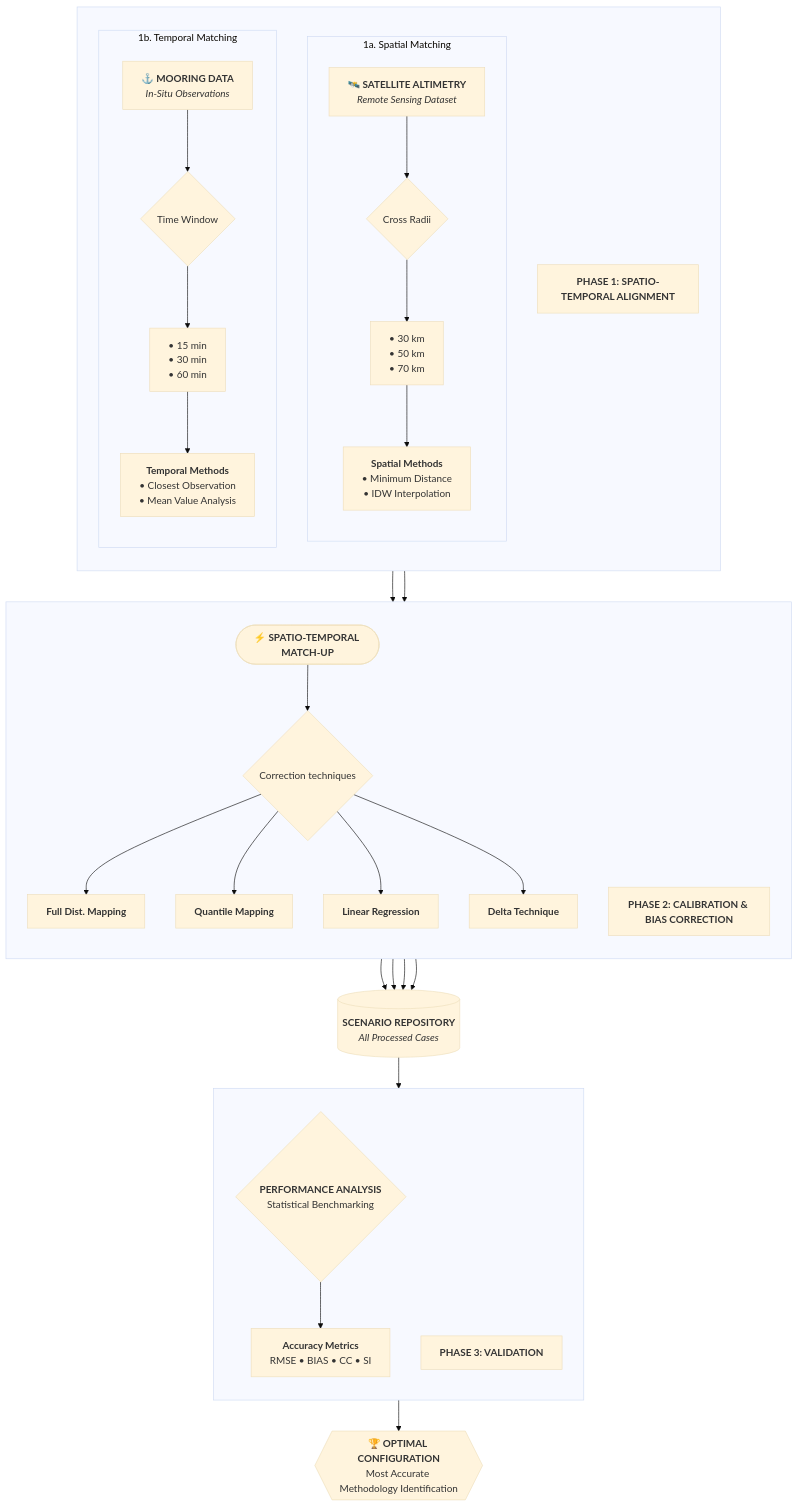
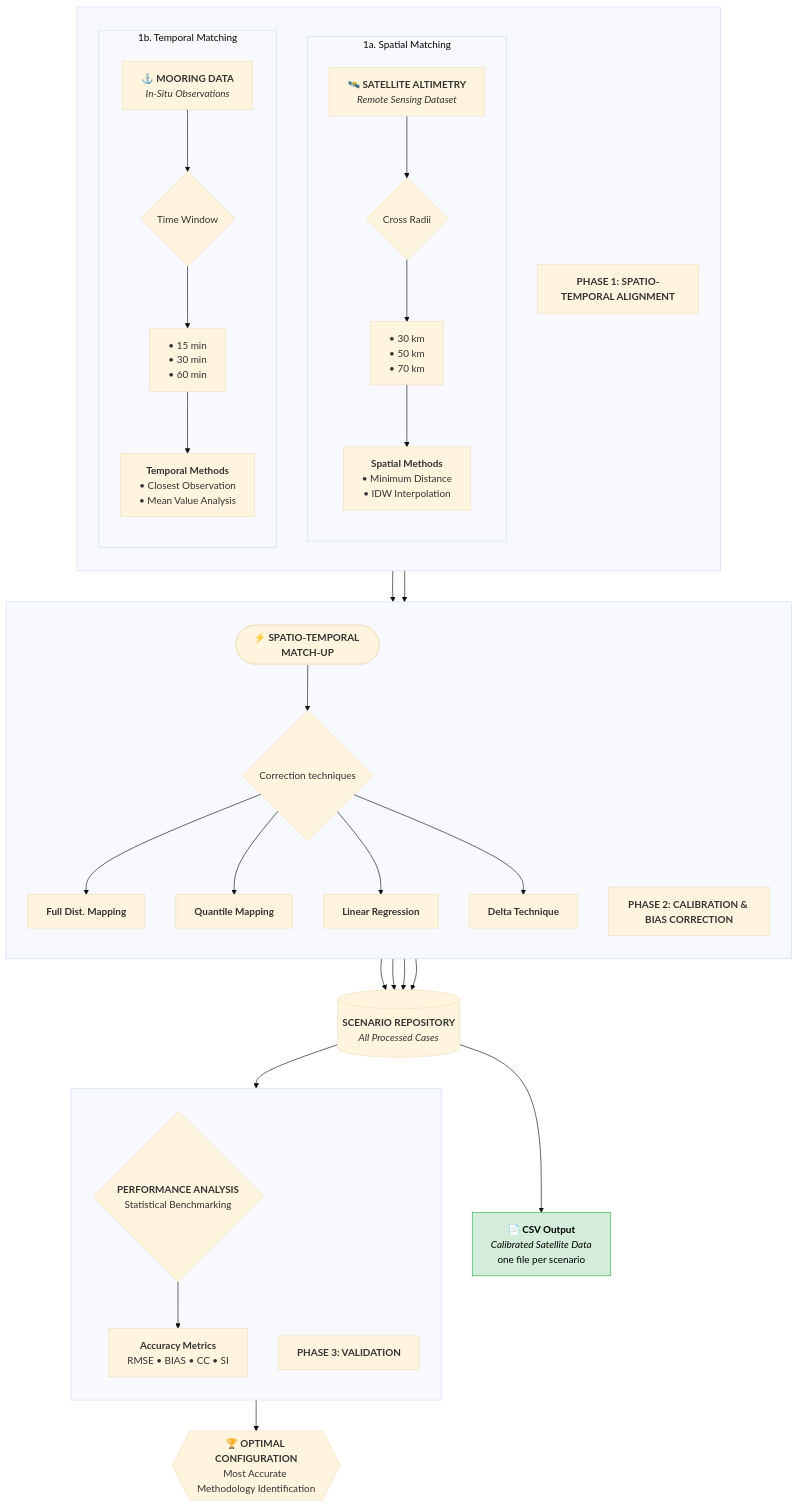
Before and after one commit to EduardSala/Thesis: the diagram in README.md, drawn with Mermaid (base theme). The commit also changed other lines of this file, not shown here.

Commit message:
docs(readme): Modify workflow diagram

````diff
--- a/README.md
+++ b/README.md
@@ -166,58 +32,54 @@
 ```mermaid
 graph TD
-    %% Font e nodi stilizzati tramite sintassi nativa
     SAT["<b>🛰️ SATELLITE ALTIMETRY</b><br/><i>Remote Sensing Dataset</i>"]
     INS["<b>⚓ MOORING DATA</b><br/><i>In-Situ Observations</i>"]
 
-    %% Fase 1
     subgraph " "
         direction TB
         L1["<div style='font-size:16px'><b>PHASE 1: SPATIO-TEMPORAL ALIGNMENT</b></div>"]
         
         subgraph "1a. Spatial Matching"
             direction TB
             SAT --> R{"Cross Radii"}
             R --> R_OPT["• 30 km<br/>• 50 km<br/>• 70 km"]
             R_OPT --> S_MET["<b>Spatial Methods</b><br/>• Minimum Distance<br/>• IDW Interpolation"]
         end
-
         subgraph "1b. Temporal Matching"
             direction TB
             INS --> W{"Time Window"}
             W --> W_OPT["• 15 min<br/>• 30 min<br/>• 60 min"]
             W_OPT --> T_MET["<b>Temporal Methods</b><br/>• Closest Observation<br/>• Mean Value Analysis"]
         end
     end
 
-    %% Punto di Sincronizzazione
     S_MET --> SYNC([<b>⚡ SPATIO-TEMPORAL MATCH-UP</b>])
     T_MET --> SYNC
 
-    %% Fase 2
     subgraph " "
         direction TB
         L3["<div style='font-size:16px'><b>PHASE 2: CALIBRATION & BIAS CORRECTION</b></div>"]
         
         SYNC --> BC{"Correction techniques"}
         
         BC --> BC1["<b>Full Dist. Mapping</b><br/>"]
         BC --> BC2["<b>Quantile Mapping</b><br/>"]
         BC --> BC3["<b>Linear Regression</b><br/>"]
         BC --> BC4["<b>Delta Technique</b><br/>"]
     end
 
-    %% Fase 3
     BC1 & BC2 & BC3 & BC4 --> SAVE[(<b>SCENARIO REPOSITORY</b><br/><i>All Processed Cases</i>)]
-    
+
+    SAVE --> CSV["<b>📄 CSV Output</b><br/><i>Calibrated Satellite Data</i><br/>one file per scenario"]
+
     SAVE --> COMP{<b>PERFORMANCE ANALYSIS</b><br/>Statistical Benchmarking}
-
     subgraph " "
         direction TB
         L4["<div style='font-size:16px'><b>PHASE 3: VALIDATION</b></div>"]
         
         COMP --> METRICS["<b>Accuracy Metrics</b><br/>RMSE • BIAS • CC • SI"]
     end
 
-    %% Output Finale
     METRICS --> FINAL{{"<b>🏆 OPTIMAL CONFIGURATION</b><br/>Most Accurate Methodology Identification"}}
+
+    style CSV fill:#d4edda,stroke:#28a745,color:#000
 ```
````
